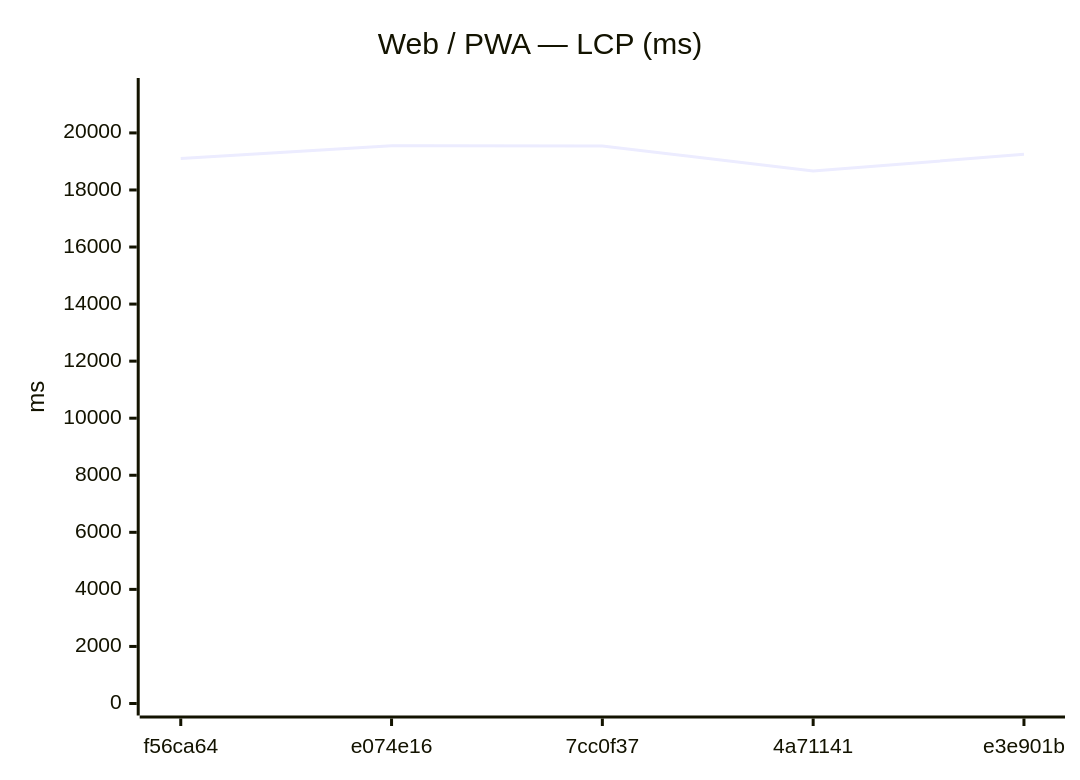
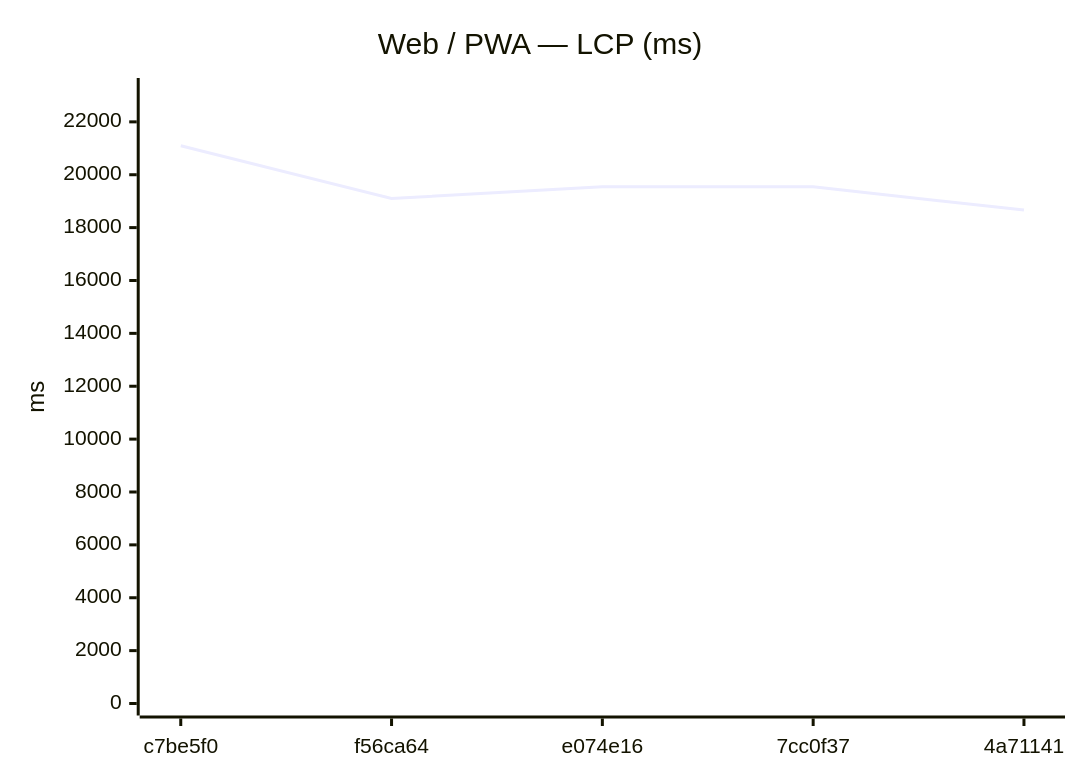
One commit to Metaheurist/Rianell changed the seventh of 18 diagrams in benchmarks/compare.md. Above: the diagram before and after it, drawn with Mermaid. The commit also changed other lines of this file and 11 other files, not shown here.

````diff
--- a/benchmarks/compare.md
+++ b/benchmarks/compare.md
@@ -117,7 +117,7 @@
 ```mermaid
 xychart-beta
     title "Web / PWA — LCP (ms)"
-    x-axis ["f56ca64", "e074e16", "7cc0f37", "4a71141", "e3e901b"]
-    y-axis "ms" 0 --> 21504
-    line [19101, 19549, 19542, 18663, 19248]
+    x-axis ["c7be5f0", "f56ca64", "e074e16", "7cc0f37", "4a71141"]
+    y-axis "ms" 0 --> 23205
+    line [21095, 19101, 19549, 19542, 18663]
 ```
````
